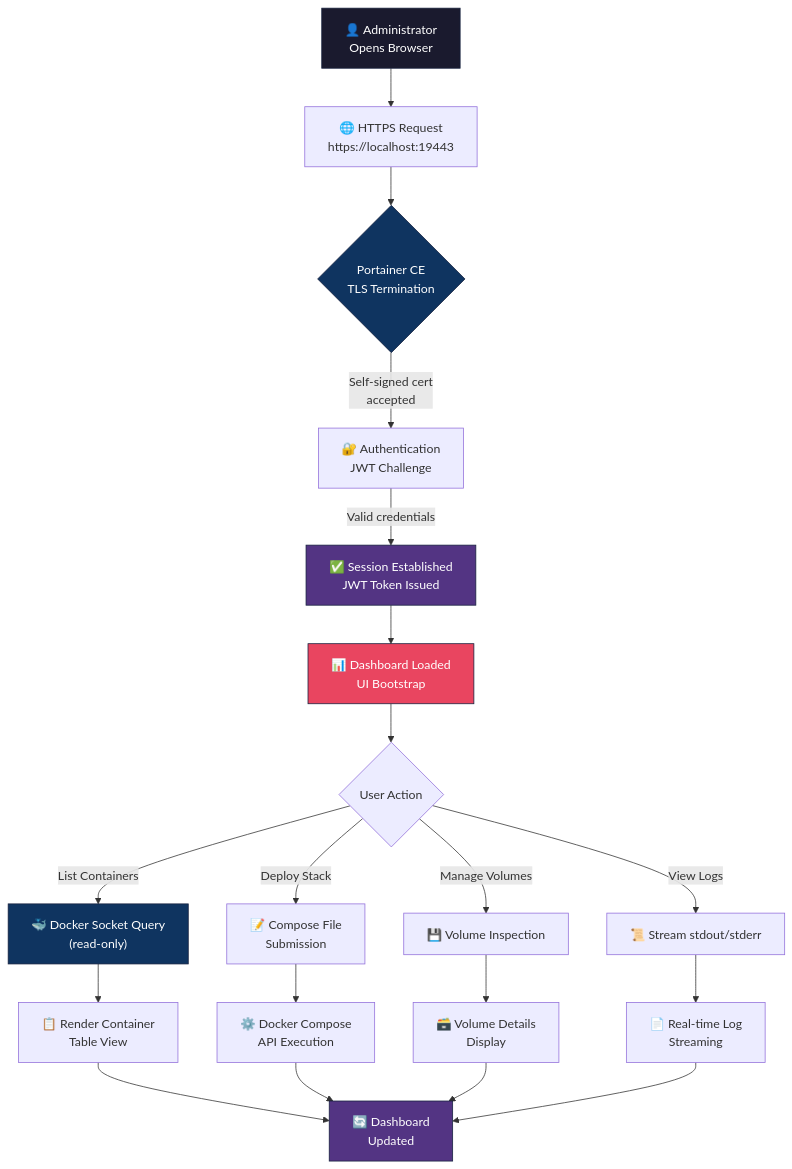
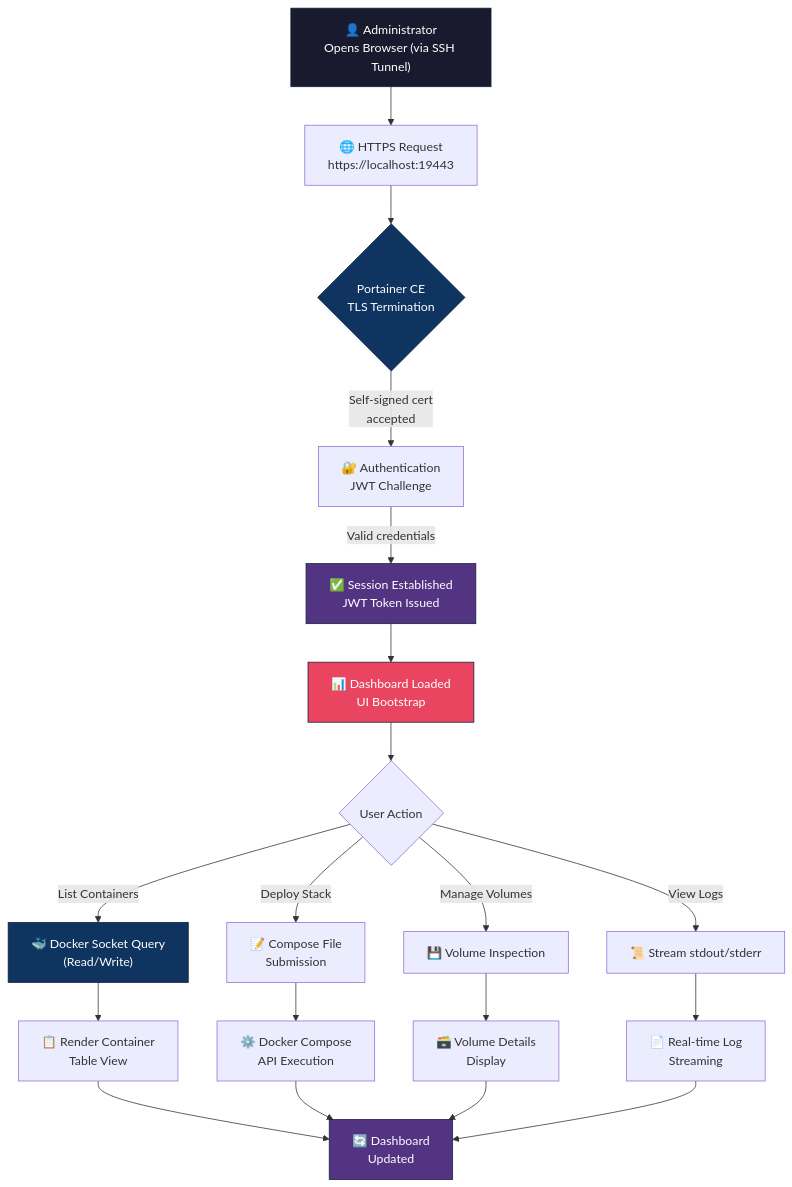
The first of 3 diagrams in Portainer/README.md (Selio30/imagenesDocker), drawn with Mermaid before and after one commit. The commit also changed other lines of this file, not shown here.

Commit message:
[DOCS] Update documentation to match security bindings and RW socket configuration

````diff
--- a/Portainer/README.md
+++ b/Portainer/README.md
@@ -37,31 +37,31 @@
 ```mermaid
 flowchart TD
-    A["👤 Administrator<br/>Opens Browser"] --> B["🌐 HTTPS Request<br/>https://localhost:19443"]
+    A["👤 Administrator<br/>Opens Browser (via SSH Tunnel)"] --> B["🌐 HTTPS Request<br/>https://localhost:19443"]
     B --> C{"Portainer CE<br/>TLS Termination"}
     C -->|"Self-signed cert<br/>accepted"| D["🔐 Authentication<br/>JWT Challenge"]
     D -->|"Valid credentials"| E["✅ Session Established<br/>JWT Token Issued"]
     E --> F["📊 Dashboard Loaded<br/>UI Bootstrap"]
 
     F --> G{"User Action"}
-    G -->|"List Containers"| H["🐳 Docker Socket Query<br/>(read-only)"]
+    G -->|"List Containers"| H["🐳 Docker Socket Query<br/>(Read/Write)"]
     G -->|"Deploy Stack"| I["📝 Compose File<br/>Submission"]
     G -->|"Manage Volumes"| J["💾 Volume Inspection"]
     G -->|"View Logs"| K["📜 Stream stdout/stderr"]
 
     H --> L["📋 Render Container<br/>Table View"]
     I --> M["⚙️ Docker Compose<br/>API Execution"]
     J --> N["🗃️ Volume Details<br/>Display"]
     K --> O["📄 Real-time Log<br/>Streaming"]
 
     L --> P["🔄 Dashboard<br/>Updated"]
     M --> P
     N --> P
     O --> P
 
     style A fill:#1a1a2e,color:#fff,stroke:#16213e
     style C fill:#0f3460,color:#fff,stroke:#16213e
     style E fill:#533483,color:#fff,stroke:#16213e
     style F fill:#e94560,color:#fff,stroke:#16213e
     style H fill:#0f3460,color:#fff,stroke:#16213e
     style P fill:#533483,color:#fff,stroke:#16213e
 ```
````
